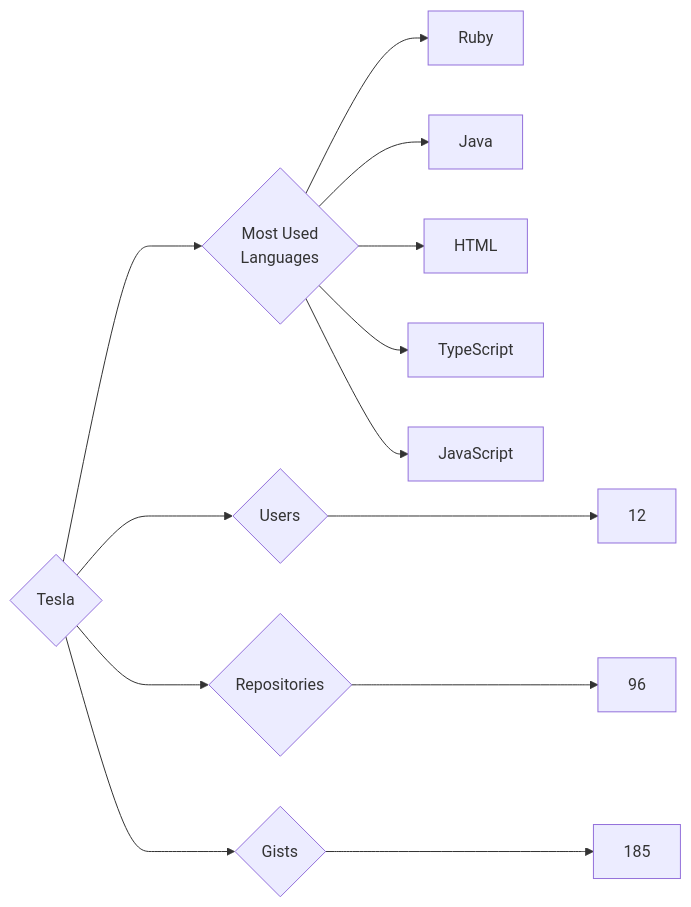
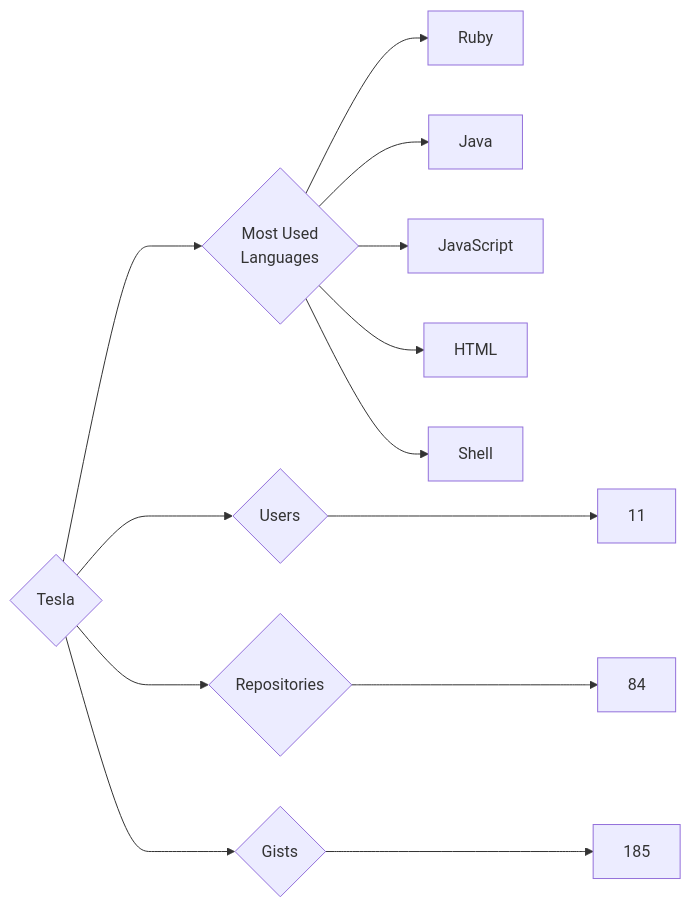
One commit to trickest/insiders changed the diagram in targets/Tesla/README.md. Above: the diagram before and after it, drawn with Mermaid. The commit also changed 1479 other files, not shown here.

````diff
--- a/targets/Tesla/README.md
+++ b/targets/Tesla/README.md
@@ -3,13 +3,13 @@
 ```mermaid
 graph LR
 COMPANY_NAME{Tesla}
-COMPANY_NAME ---> U{Users} ---> UN[12]
-COMPANY_NAME ---> R{Repositories} ---> RN[96]
+COMPANY_NAME ---> U{Users} ---> UN[11]
+COMPANY_NAME ---> R{Repositories} ---> RN[84]
 COMPANY_NAME ---> G{Gists} ---> GN[185]
 COMPANY_NAME ---> ML{Most Used<br>Languages}
 ML --> Ruby[Ruby]
 ML --> Java[Java]
+ML --> JavaScript[JavaScript]
 ML --> HTML[HTML]
-ML --> TypeScript[TypeScript]
-ML --> JavaScript[JavaScript]
+ML --> Shell[Shell]
 ```
````
